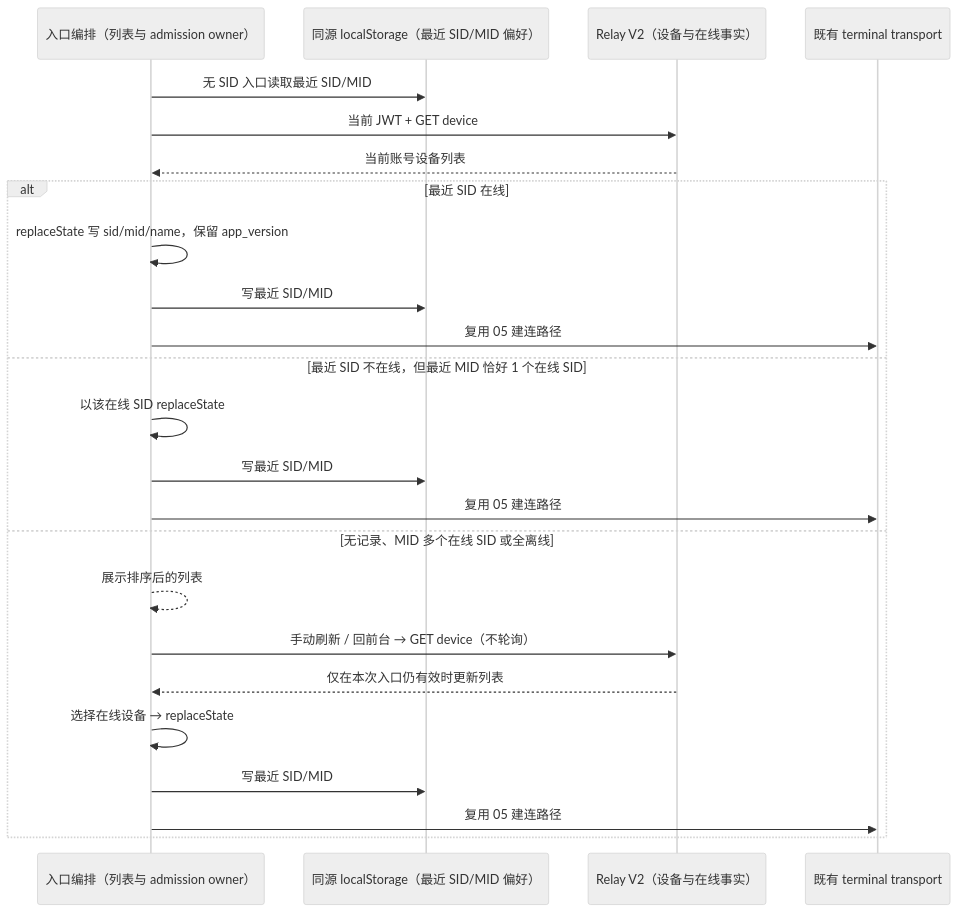
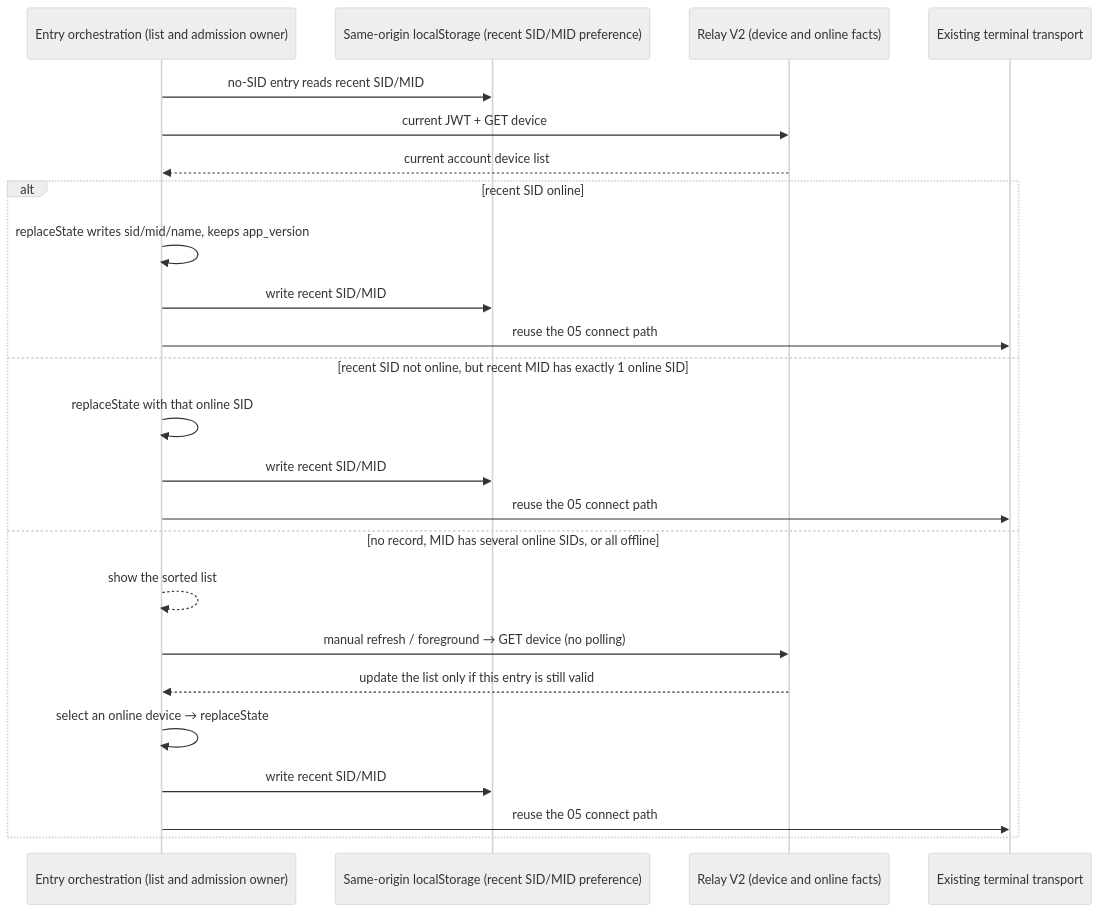
One commit to osben/ZCode changed the sixth of 6 diagrams in docs/web-remote-control/relay-v2-pairing.md. Above: the diagram before and after it, drawn with Mermaid (neutral theme). The commit also changed other lines of this file and 11 other files, not shown here.

````diff
--- a/docs/web-remote-control/relay-v2-pairing.md
+++ b/docs/web-remote-control/relay-v2-pairing.md
@@ -352,26 +548,26 @@
 ```mermaid
 sequenceDiagram
-    participant P as 入口编排（列表与 admission owner）
-    participant S as 同源 localStorage（最近 SID/MID 偏好）
-    participant R as Relay V2（设备与在线事实）
-    participant T as 既有 terminal transport
-    P->>S: 无 SID 入口读取最近 SID/MID
-    P->>R: 当前 JWT + GET device
-    R-->>P: 当前账号设备列表
-    alt 最近 SID 在线
-        P->>P: replaceState 写 sid/mid/name，保留 app_version
-        P->>S: 写最近 SID/MID
-        P->>T: 复用 05 建连路径
-    else 最近 SID 不在线，但最近 MID 恰好 1 个在线 SID
-        P->>P: 以该在线 SID replaceState
-        P->>S: 写最近 SID/MID
-        P->>T: 复用 05 建连路径
-    else 无记录、MID 多个在线 SID 或全离线
-        P-->>P: 展示排序后的列表
-        P->>R: 手动刷新 / 回前台 → GET device（不轮询）
-        R-->>P: 仅在本次入口仍有效时更新列表
-        P->>P: 选择在线设备 → replaceState
-        P->>S: 写最近 SID/MID
-        P->>T: 复用 05 建连路径
+    participant P as Entry orchestration (list and admission owner)
+    participant S as Same-origin localStorage (recent SID/MID preference)
+    participant R as Relay V2 (device and online facts)
+    participant T as Existing terminal transport
+    P->>S: no-SID entry reads recent SID/MID
+    P->>R: current JWT + GET device
+    R-->>P: current account device list
+    alt recent SID online
+        P->>P: replaceState writes sid/mid/name, keeps app_version
+        P->>S: write recent SID/MID
+        P->>T: reuse the 05 connect path
+    else recent SID not online, but recent MID has exactly 1 online SID
+        P->>P: replaceState with that online SID
+        P->>S: write recent SID/MID
+        P->>T: reuse the 05 connect path
+    else no record, MID has several online SIDs, or all offline
+        P-->>P: show the sorted list
+        P->>R: manual refresh / foreground → GET device (no polling)
+        R-->>P: update the list only if this entry is still valid
+        P->>P: select an online device → replaceState
+        P->>S: write recent SID/MID
+        P->>T: reuse the 05 connect path
     end
 ```
````
